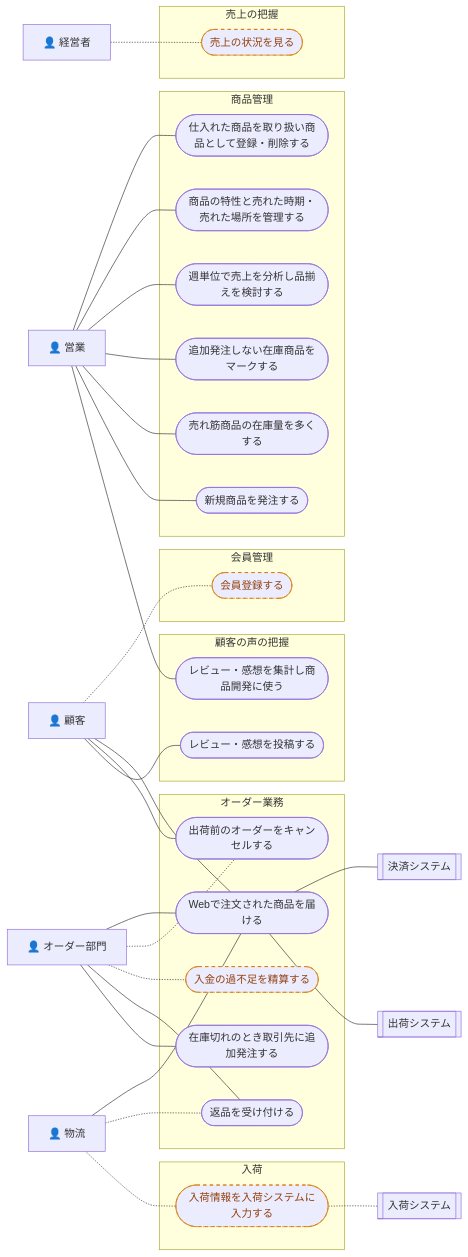
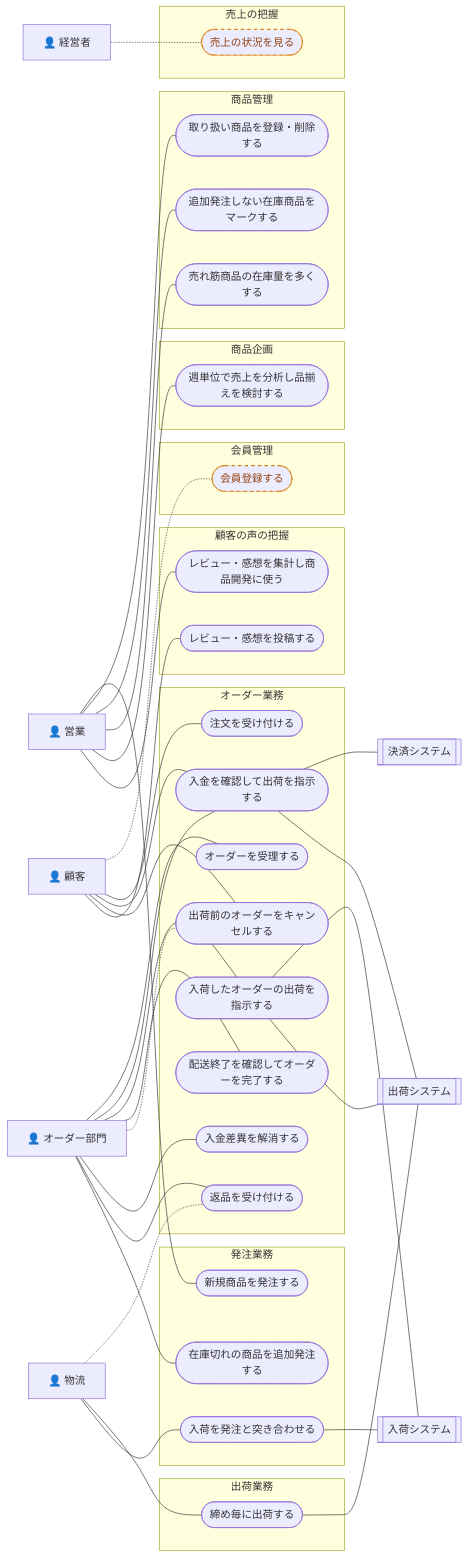
The third of 29 diagrams in docs/rdra/diagrams.md (Nke0628/rdra-webapp), drawn with Mermaid before and after one commit. The commit also changed other lines of this file and 8 other files, not shown here.

````diff
--- a/docs/rdra/diagrams.md
+++ b/docs/rdra/diagrams.md
@@ -124,56 +136,70 @@
 ```mermaid
 flowchart LR
   subgraph g1["会員管理"]
     b2(["会員登録する"])
   end
   subgraph g3["オーダー業務"]
-    b4(["Webで注文された商品を届ける"])
-    b5(["出荷前のオーダーをキャンセルする"])
-    b6(["入金の過不足を精算する"])
-    b7(["返品を受け付ける"])
-    b8(["在庫切れのとき取引先に追加発注する"])
+    b4(["注文を受け付ける"])
+    b5(["オーダーを受理する"])
+    b6(["入金を確認して出荷を指示する"])
+    b7(["入荷したオーダーの出荷を指示する"])
+    b8(["配送終了を確認してオーダーを完了する"])
+    b9(["出荷前のオーダーをキャンセルする"])
+    b10(["入金差異を解消する"])
+    b11(["返品を受け付ける"])
   end
-  subgraph g9["入荷"]
-    b10(["入荷情報を入荷システムに入力する"])
+  subgraph g12["出荷業務"]
+    b13(["締め毎に出荷する"])
   end
-  subgraph g11["商品管理"]
-    b12(["仕入れた商品を取り扱い商品として登録・削除する"])
-    b13(["商品の特性と売れた時期・売れた場所を管理する"])
-    b14(["週単位で売上を分析し品揃えを検討する"])
-    b15(["追加発注しない在庫商品をマークする"])
-    b16(["売れ筋商品の在庫量を多くする"])
-    b17(["新規商品を発注する"])
+  subgraph g14["発注業務"]
+    b15(["在庫切れの商品を追加発注する"])
+    b16(["新規商品を発注する"])
+    b17(["入荷を発注と突き合わせる"])
   end
-  subgraph g18["売上の把握"]
-    b19(["売上の状況を見る"])
+  subgraph g18["商品管理"]
+    b19(["取り扱い商品を登録・削除する"])
+    b20(["追加発注しない在庫商品をマークする"])
+    b21(["売れ筋商品の在庫量を多くする"])
   end
-  subgraph g20["顧客の声の把握"]
-    b21(["レビュー・感想を投稿する"])
-    b22(["レビュー・感想を集計し商品開発に使う"])
+  subgraph g22["商品企画"]
+    b23(["週単位で売上を分析し品揃えを検討する"])
   end
-  a23["👤 顧客"] -.- b2
-  a23["👤 顧客"] --- b4
-  a24["👤 オーダー部門"] --- b4
-  a25["👤 物流"] --- b4
-  b4 --- e26[["決済システム"]]
-  b4 --- e27[["出荷システム"]]
-  a23["👤 顧客"] --- b5
-  a24["👤 オーダー部門"] -.- b5
-  a24["👤 オーダー部門"] -.- b6
-  a24["👤 オーダー部門"] --- b7
-  a25["👤 物流"] -.- b7
-  a24["👤 オーダー部門"] --- b8
-  a25["👤 物流"] -.- b10
-  b10 -.- e28[["入荷システム"]]
-  a29["👤 営業"] --- b12
-  a29["👤 営業"] --- b13
-  a29["👤 営業"] --- b14
-  a29["👤 営業"] --- b15
-  a29["👤 営業"] --- b16
-  a29["👤 営業"] --- b17
-  a30["👤 経営者"] -.- b19
-  a23["👤 顧客"] --- b21
-  a29["👤 営業"] --- b22
+  subgraph g24["売上の把握"]
+    b25(["売上の状況を見る"])
+  end
+  subgraph g26["顧客の声の把握"]
+    b27(["レビュー・感想を投稿する"])
+    b28(["レビュー・感想を集計し商品開発に使う"])
+  end
+  a29["👤 顧客"] -.- b2
+  a29["👤 顧客"] --- b4
+  a30["👤 オーダー部門"] --- b5
+  a29["👤 顧客"] --- b6
+  a30["👤 オーダー部門"] --- b6
+  b6 --- e31[["決済システム"]]
+  b6 --- e32[["出荷システム"]]
+  a30["👤 オーダー部門"] --- b7
+  b7 --- e33[["入荷システム"]]
+  b7 --- e32[["出荷システム"]]
+  a30["👤 オーダー部門"] --- b8
+  a29["👤 顧客"] --- b9
+  a30["👤 オーダー部門"] -.- b9
+  a30["👤 オーダー部門"] --- b10
+  a30["👤 オーダー部門"] --- b11
+  a34["👤 物流"] -.- b11
+  a34["👤 物流"] --- b13
+  b13 --- e32[["出荷システム"]]
+  a30["👤 オーダー部門"] --- b15
+  a35["👤 営業"] --- b16
+  a34["👤 物流"] --- b17
+  b17 --- e33[["入荷システム"]]
+  a35["👤 営業"] --- b19
+  a35["👤 営業"] --- b20
+  a35["👤 営業"] --- b21
+  a35["👤 営業"] --- b23
+  a36["👤 経営者"] -.- b25
+  a29["👤 顧客"] --- b27
+  a35["👤 営業"] --- b28
   classDef hyp stroke-dasharray:5 5,stroke:#d97706,color:#92400e
-  class b2,b6,b10,b19 hyp
+  class b2,b25 hyp
 ```
````
